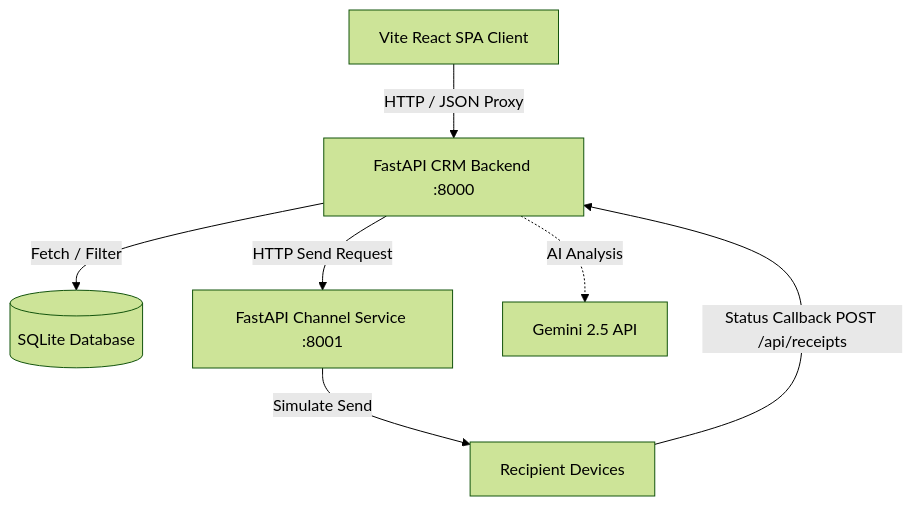
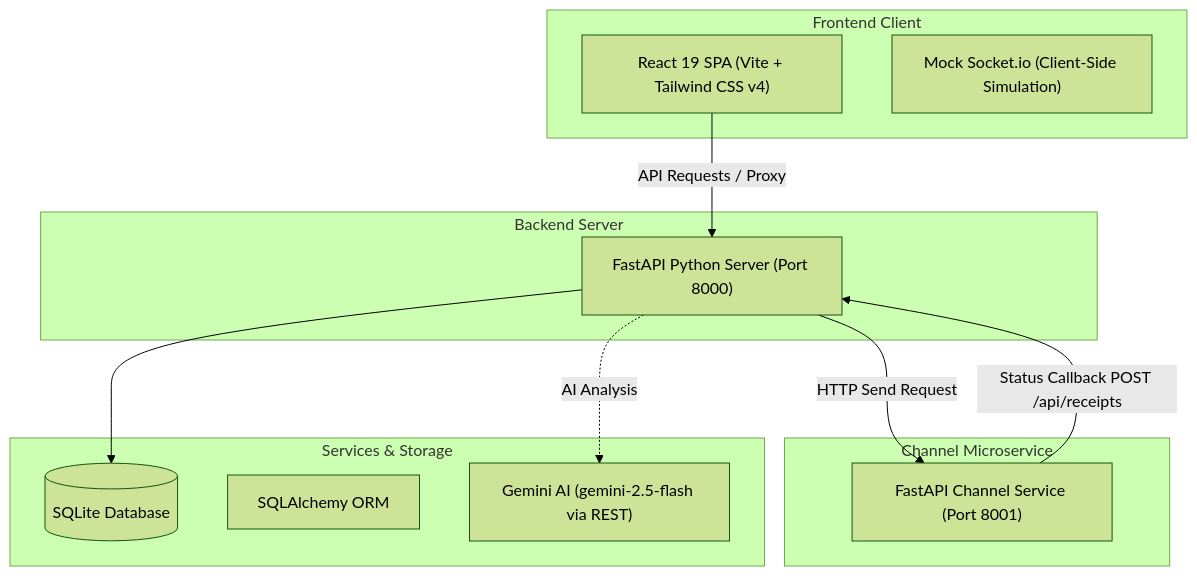
One commit to Rajan3103/Xeno-Assisgenement changed the diagram in README.md. Above: the diagram before and after it, drawn with Mermaid (forest theme). The commit also changed other lines of this file, not shown here.

Commit message:
Update README.md to match product structure and SQLite architecture

````diff
--- a/README.md
+++ b/README.md
@@ -39,9 +12,27 @@
 ```mermaid
 graph TD
-    A[Vite React SPA Client] -->|HTTP / JSON Proxy| B[FastAPI CRM Backend :8000]
-    B -->|Fetch / Filter| C[(SQLite Database)]
-    B -->|HTTP Send Request| D[FastAPI Channel Service :8001]
-    D -->|Simulate Send| E[Recipient Devices]
-    E -->|Status Callback POST /api/receipts| B
-    B -.->|AI Analysis| F[Gemini 2.5 API]
+    subgraph Client ["Frontend Client"]
+        UI["React 19 SPA (Vite + Tailwind CSS v4)"]
+        MockSocket["Mock Socket.io (Client-Side Simulation)"]
+    end
+
+    subgraph Server ["Backend Server"]
+        FastAPI["FastAPI Python Server (Port 8000)"]
+    end
+
+    subgraph Channel ["Channel Microservice"]
+        ChannelService["FastAPI Channel Service (Port 8001)"]
+    end
+
+    subgraph Storage ["Services & Storage"]
+        SQLite[("SQLite Database")]
+        SQLAlchemy["SQLAlchemy ORM"]
+        Gemini["Gemini AI (gemini-2.5-flash via REST)"]
+    end
+
+    UI -->|API Requests / Proxy| FastAPI
+    FastAPI --> SQLite
+    FastAPI -->|HTTP Send Request| ChannelService
+    ChannelService -->|Status Callback POST /api/receipts| FastAPI
+    FastAPI -.->|AI Analysis| Gemini
 ```
````
